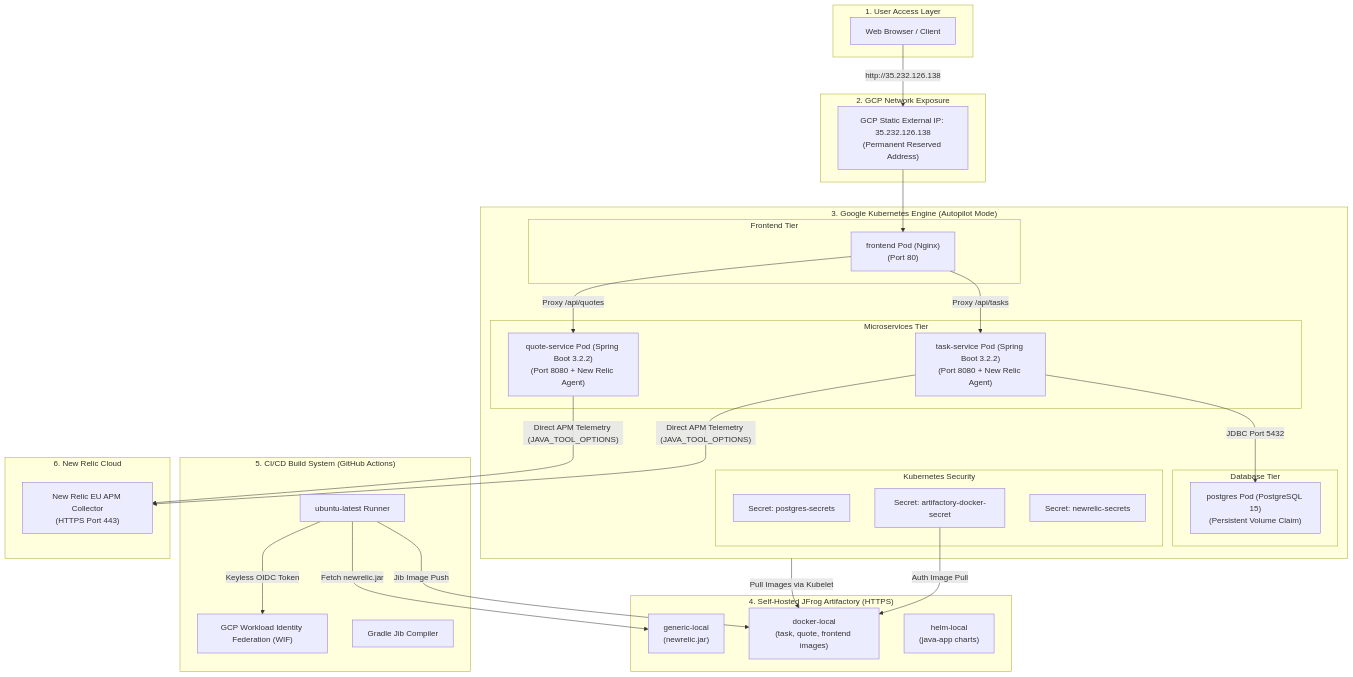
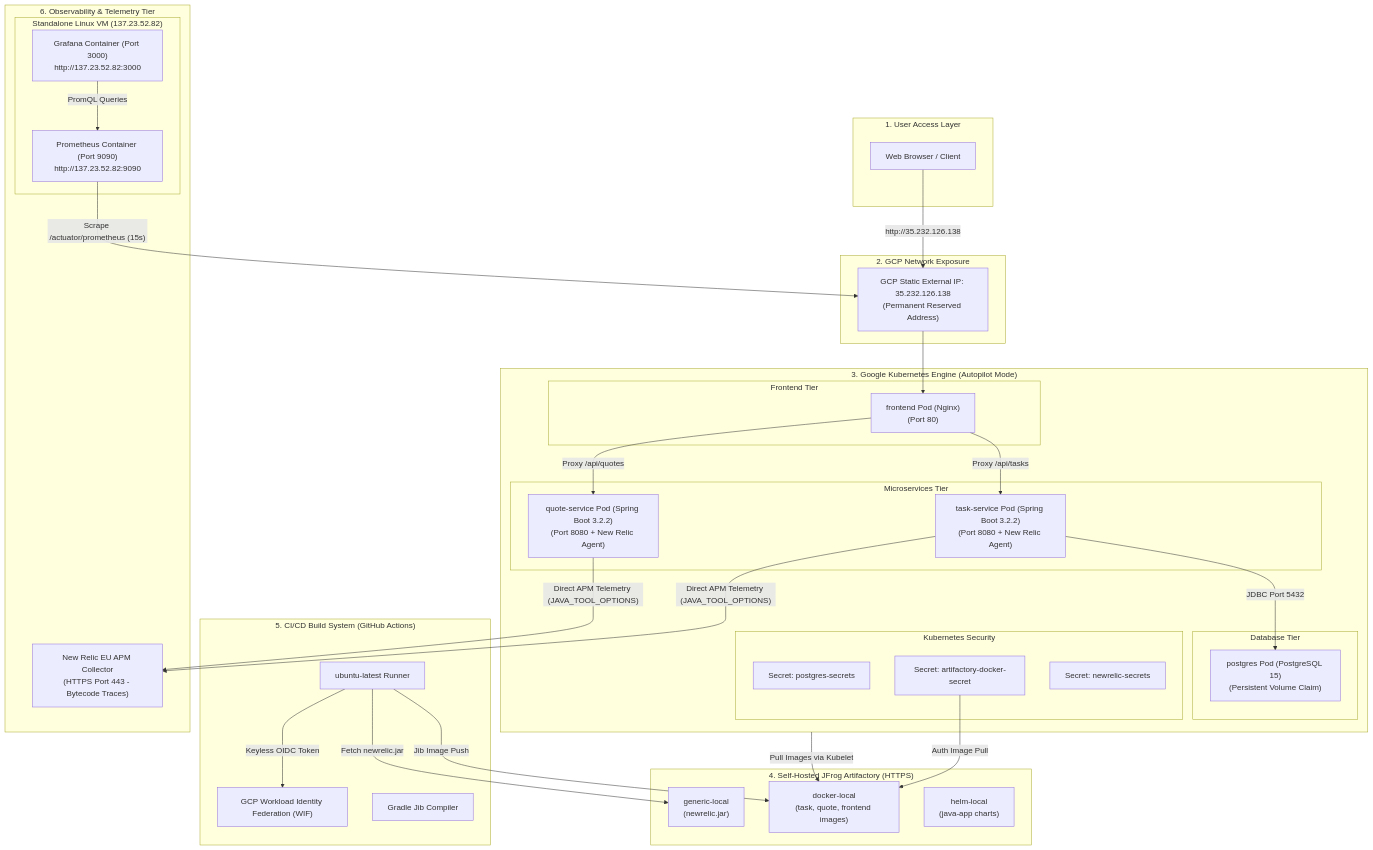
One commit to amitpandey1992/java-gke-cicd changed the first of 7 diagrams in docs/master_architecture_guide.md. Above: the diagram before and after it, drawn with Mermaid. The commit also changed other lines of this file, not shown here.

Commit message:
docs: integrate Standalone VM Prometheus and Grafana dual observability into master architecture guide

````diff
--- a/docs/master_architecture_guide.md
+++ b/docs/master_architecture_guide.md
@@ -13,62 +13,68 @@
 ```mermaid
 flowchart TD
     subgraph ClientLayer ["1. User Access Layer"]
         browser["Web Browser / Client"]
     end
 
     subgraph StaticIPLayer ["2. GCP Network Exposure"]
         static_ip["GCP Static External IP: 35.232.126.138\n(Permanent Reserved Address)"]
     end
 
     subgraph GKECluster ["3. Google Kubernetes Engine (Autopilot Mode)"]
         subgraph IngressNginx ["Frontend Tier"]
             fe_pod["frontend Pod (Nginx)\n(Port 80)"]
         end
 
         subgraph CoreBackend ["Microservices Tier"]
             task_pod["task-service Pod (Spring Boot 3.2.2)\n(Port 8080 + New Relic Agent)"]
             quote_pod["quote-service Pod (Spring Boot 3.2.2)\n(Port 8080 + New Relic Agent)"]
         end
 
         subgraph DataTier ["Database Tier"]
             db_pod["postgres Pod (PostgreSQL 15)\n(Persistent Volume Claim)"]
         end
 
         subgraph K8sSecrets ["Kubernetes Security"]
             sec_artifactory["Secret: artifactory-docker-secret"]
             sec_postgres["Secret: postgres-secrets"]
             sec_newrelic["Secret: newrelic-secrets"]
         end
     end
 
     subgraph ArtifactManagement ["4. Self-Hosted JFrog Artifactory (HTTPS)"]
         art_generic["generic-local\n(newrelic.jar)"]
         art_docker["docker-local\n(task, quote, frontend images)"]
         art_helm["helm-local\n(java-app charts)"]
     end
 
     subgraph CICDPipeline ["5. CI/CD Build System (GitHub Actions)"]
         github_runner["ubuntu-latest Runner"]
         wif_auth["GCP Workload Identity Federation (WIF)"]
         gradle_jib["Gradle Jib Compiler"]
     end
 
-    subgraph MonitoringCloud ["6. New Relic Cloud"]
-        nr_dashboard["New Relic EU APM Collector\n(HTTPS Port 443)"]
+    subgraph MonitoringCloud ["6. Observability & Telemetry Tier"]
+        nr_dashboard["New Relic EU APM Collector\n(HTTPS Port 443 - Bytecode Traces)"]
+        subgraph StandaloneVM ["Standalone Linux VM (137.23.52.82)"]
+            prom["Prometheus Container (Port 9090)\nhttp://137.23.52.82:9090"]
+            grafana["Grafana Container (Port 3000)\nhttp://137.23.52.82:3000"]
+            grafana -->|PromQL Queries| prom
+        end
     end
 
     browser -->|http://35.232.126.138| static_ip
     static_ip --> fe_pod
     fe_pod -->|Proxy /api/tasks| task_pod
     fe_pod -->|Proxy /api/quotes| quote_pod
     task_pod -->|JDBC Port 5432| db_pod
 
     github_runner -->|Keyless OIDC Token| wif_auth
     github_runner -->|Fetch newrelic.jar| art_generic
     github_runner -->|Jib Image Push| art_docker
     sec_artifactory -->|Auth Image Pull| art_docker
     GKECluster -->|Pull Images via Kubelet| art_docker
 
     task_pod -- "Direct APM Telemetry (JAVA_TOOL_OPTIONS)" --> nr_dashboard
     quote_pod -- "Direct APM Telemetry (JAVA_TOOL_OPTIONS)" --> nr_dashboard
+    prom -- "Scrape /actuator/prometheus (15s)" --> static_ip
 ```
````
